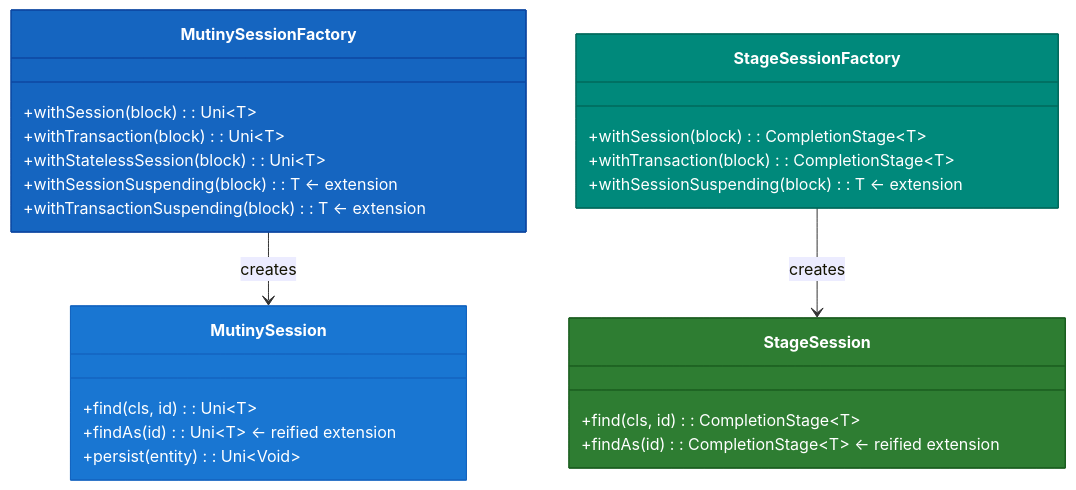
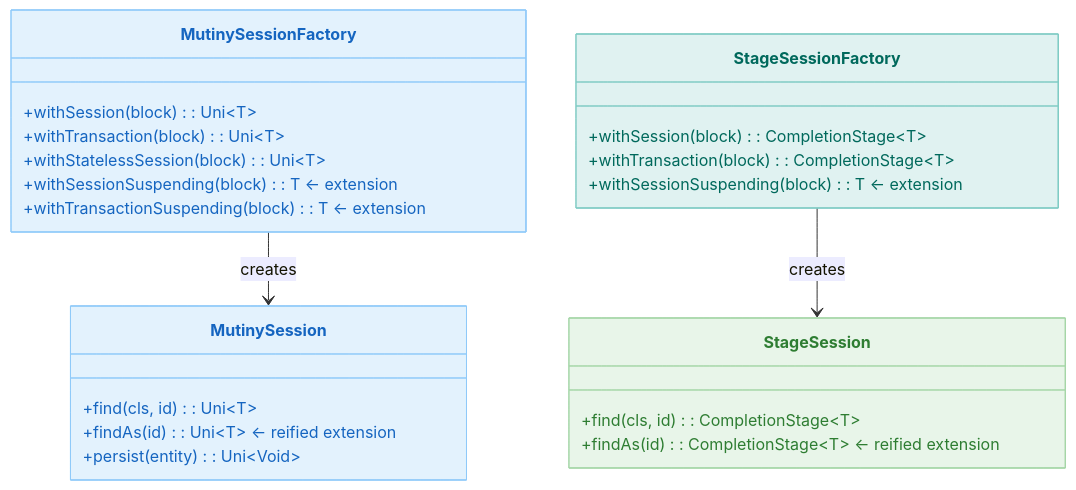
The third of 3 diagrams in data/hibernate-reactive/README.md (bluetape4k/bluetape4k-projects), drawn with Mermaid before and after one commit. The commit also changed other lines of this file and 219 other files, not shown here.

First line of the commit message:
docs: 전체 README Mermaid 다이어그램 가이드 적용

````diff
--- a/data/hibernate-reactive/README.md
+++ b/data/hibernate-reactive/README.md
@@ -140,32 +140,32 @@
 ```mermaid
 classDiagram
     class MutinySessionFactory {
         +withSession(block): Uni~T~
         +withTransaction(block): Uni~T~
         +withStatelessSession(block): Uni~T~
         +withSessionSuspending(block): T  ← extension
         +withTransactionSuspending(block): T  ← extension
     }
     class StageSessionFactory {
         +withSession(block): CompletionStage~T~
         +withTransaction(block): CompletionStage~T~
         +withSessionSuspending(block): T  ← extension
     }
     class MutinySession {
         +find(cls, id): Uni~T~
         +findAs(id): Uni~T~  ← reified extension
         +persist(entity): Uni~Void~
     }
     class StageSession {
         +find(cls, id): CompletionStage~T~
         +findAs(id): CompletionStage~T~  ← reified extension
     }
 
     MutinySessionFactory --> MutinySession : creates
     StageSessionFactory --> StageSession : creates
 
-    style MutinySessionFactory fill:#1565C0,stroke:#0D47A1,color:#FFFFFF
-    style StageSessionFactory fill:#00897B,stroke:#00695C,color:#FFFFFF
-    style MutinySession fill:#1976D2,stroke:#1565C0,color:#FFFFFF
-    style StageSession fill:#2E7D32,stroke:#1B5E20,color:#FFFFFF
+    style MutinySessionFactory fill:#E3F2FD,stroke:#90CAF9,color:#1565C0
+    style StageSessionFactory fill:#E0F2F1,stroke:#80CBC4,color:#00695C
+    style MutinySession fill:#E3F2FD,stroke:#90CAF9,color:#1565C0
+    style StageSession fill:#E8F5E9,stroke:#A5D6A7,color:#2E7D32
 ```
````
